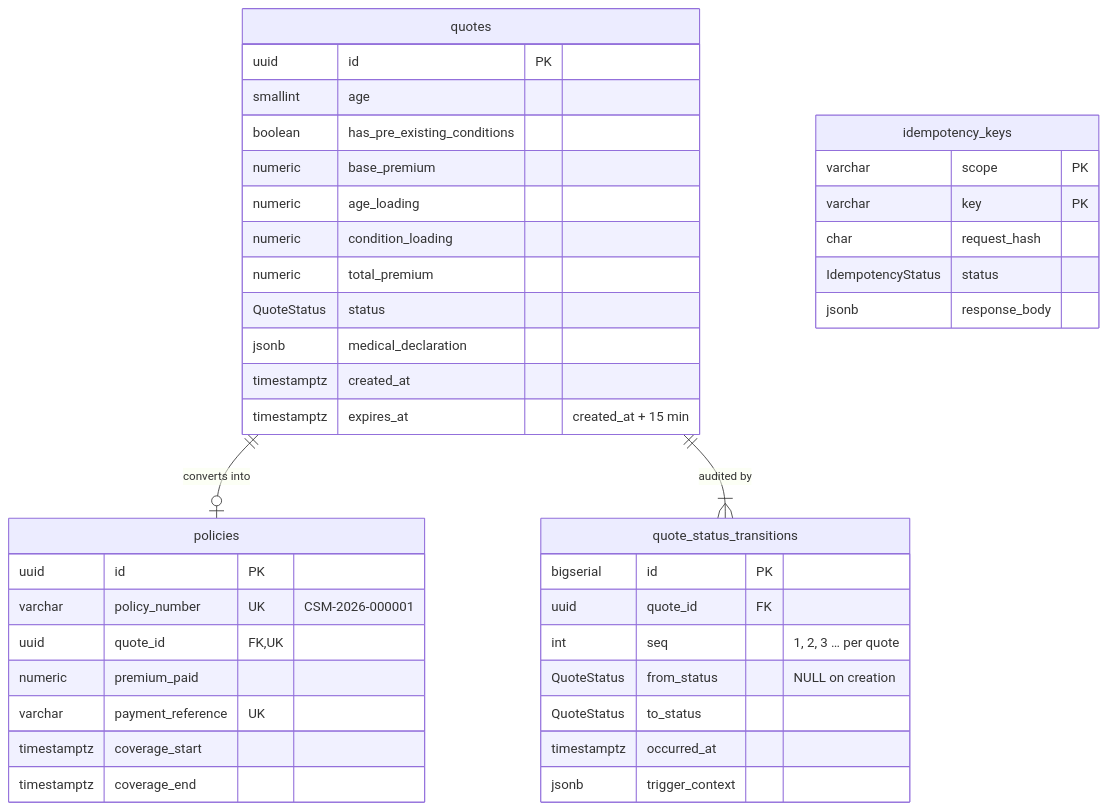
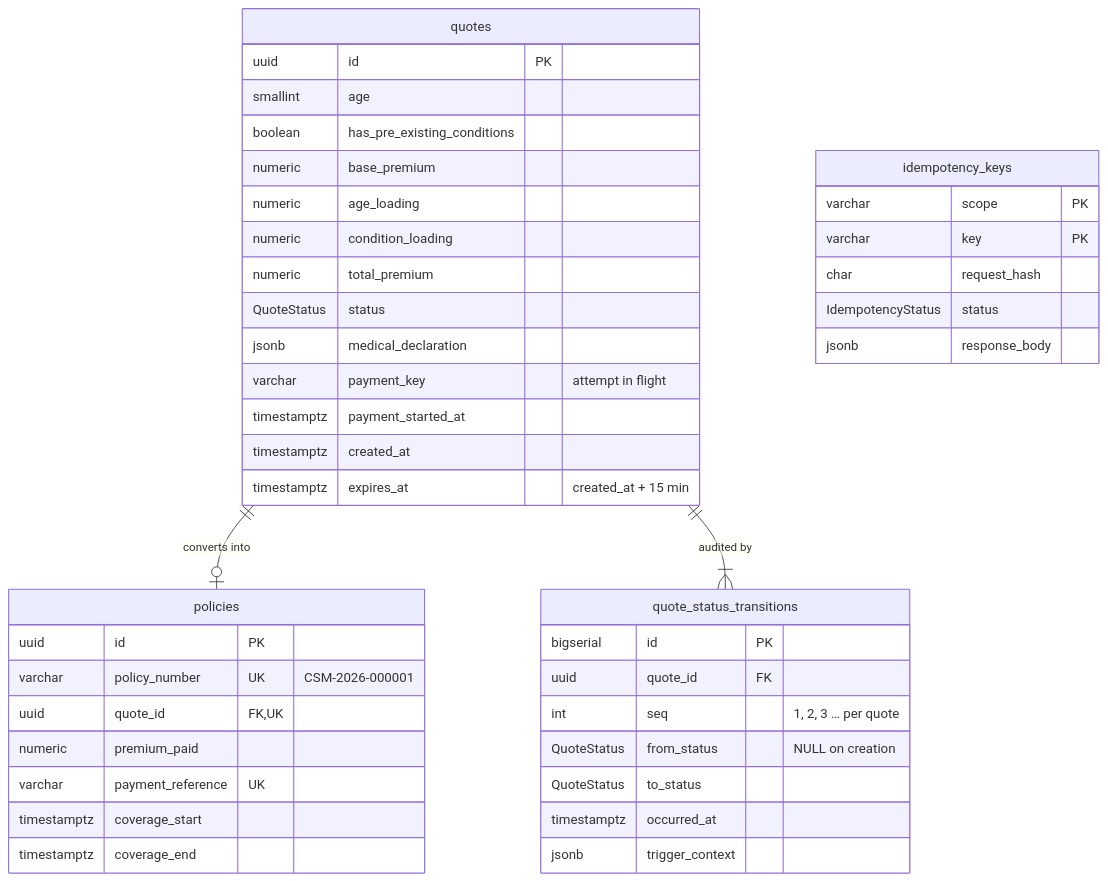
The diagram in apps/api/README.md (rishabhkashyap01/careshield-d2c), drawn with Mermaid before and after one commit. The commit also changed other lines of this file and 31 other files, not shown here.

````diff
--- a/apps/api/README.md
+++ b/apps/api/README.md
@@ -36,43 +37,45 @@
 ```mermaid
 erDiagram
     quotes ||--o| policies : "converts into"
     quotes ||--|{ quote_status_transitions : "audited by"
     quotes {
         uuid id PK
         smallint age
         boolean has_pre_existing_conditions
         numeric base_premium
         numeric age_loading
         numeric condition_loading
         numeric total_premium
         QuoteStatus status
         jsonb medical_declaration
+        varchar payment_key "attempt in flight"
+        timestamptz payment_started_at
         timestamptz created_at
         timestamptz expires_at "created_at + 15 min"
     }
     policies {
         uuid id PK
         varchar policy_number UK "CSM-2026-000001"
         uuid quote_id FK,UK
         numeric premium_paid
         varchar payment_reference UK
         timestamptz coverage_start
         timestamptz coverage_end
     }
     quote_status_transitions {
         bigserial id PK
         uuid quote_id FK
         int seq "1, 2, 3 … per quote"
         QuoteStatus from_status "NULL on creation"
         QuoteStatus to_status
         timestamptz occurred_at
         jsonb trigger_context
     }
     idempotency_keys {
         varchar scope PK
         varchar key PK
         char request_hash
         IdempotencyStatus status
         jsonb response_body
     }
 ```
````
